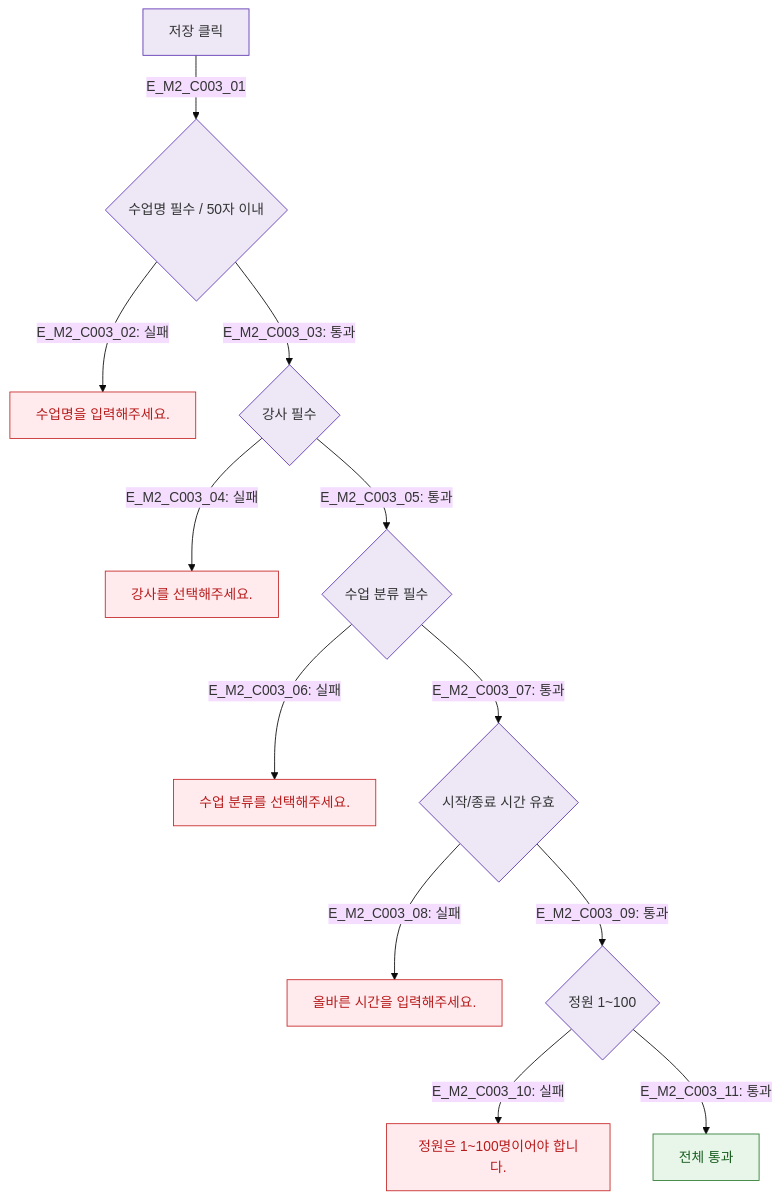
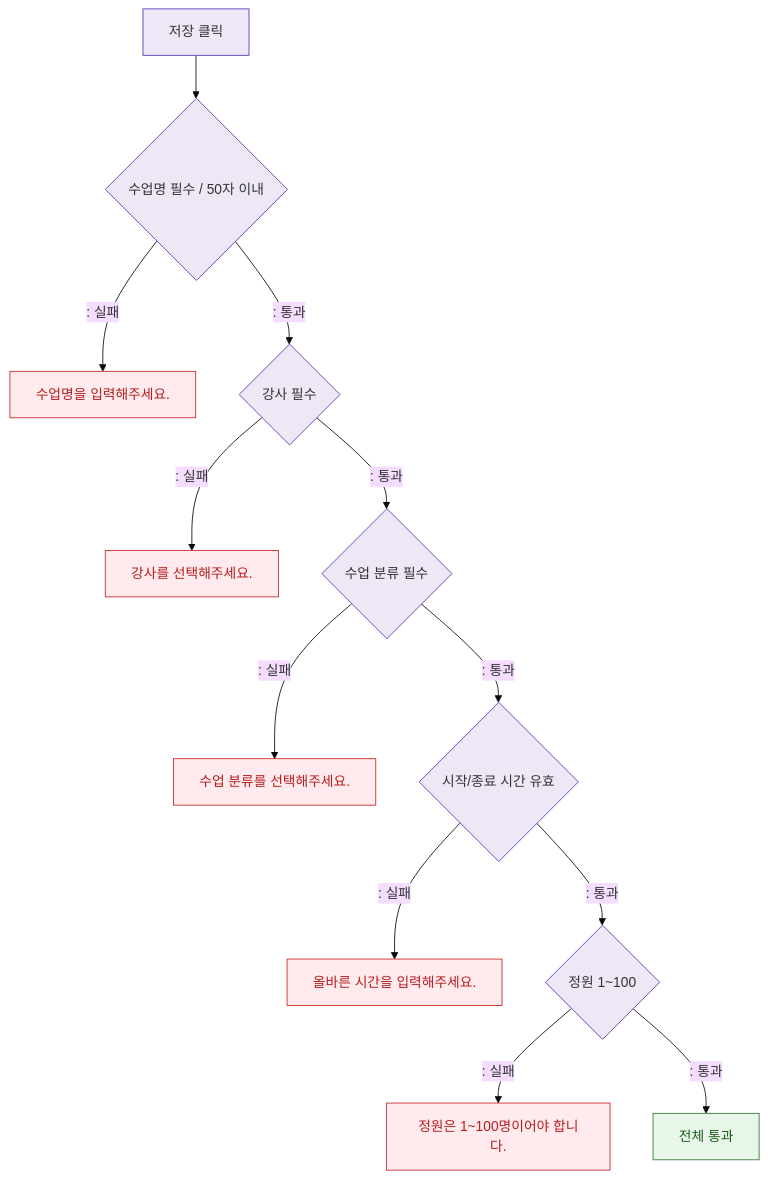
The diagram in docs/다이어그램/D04_수업관리/DLG/DLG-C003_수업등록수정_관리/M2_필드검증.md (dev-spogym/admin-pando), drawn with Mermaid (base theme) before and after one commit. The commit also changed other lines of this file and 1660 other files, not shown here.

First line of the commit message:
다이어그램: 기획자/클라이언트 납품본으로 정리

````diff
--- a/docs/다이어그램/D04_수업관리/DLG/DLG-C003_수업등록수정_관리/M2_필드검증.md
+++ b/docs/다이어그램/D04_수업관리/DLG/DLG-C003_수업등록수정_관리/M2_필드검증.md
@@ -20,21 +18,21 @@
 ```mermaid
 flowchart TD
-  Submit[저장 클릭] -->|E_M2_C003_01| V_Name{수업명 필수 / 50자 이내}
-  V_Name -->|"E_M2_C003_02: 실패"| E_Name[수업명을 입력해주세요.]
-  V_Name -->|"E_M2_C003_03: 통과"| V_Instructor{강사 필수}
-  V_Instructor -->|"E_M2_C003_04: 실패"| E_Instructor[강사를 선택해주세요.]
-  V_Instructor -->|"E_M2_C003_05: 통과"| V_Type{수업 분류 필수}
-  V_Type -->|"E_M2_C003_06: 실패"| E_Type[수업 분류를 선택해주세요.]
-  V_Type -->|"E_M2_C003_07: 통과"| V_Time{시작/종료 시간 유효}
-  V_Time -->|"E_M2_C003_08: 실패"| E_Time[올바른 시간을 입력해주세요.]
-  V_Time -->|"E_M2_C003_09: 통과"| V_Capacity{정원 1~100}
-  V_Capacity -->|"E_M2_C003_10: 실패"| E_Capacity[정원은 1~100명이어야 합니다.]
-  V_Capacity -->|"E_M2_C003_11: 통과"| AllPass[전체 통과]
+  Submit[저장 클릭] --> V_Name{수업명 필수 / 50자 이내}
+  V_Name -->|": 실패"|E_Name[수업명을 입력해주세요.]
+  V_Name -->|": 통과"|V_Instructor{강사 필수}
+  V_Instructor -->|": 실패"|E_Instructor[강사를 선택해주세요.]
+  V_Instructor -->|": 통과"|V_Type{수업 분류 필수}
+  V_Type -->|": 실패"|E_Type[수업 분류를 선택해주세요.]
+  V_Type -->|": 통과"|V_Time{시작/종료 시간 유효}
+  V_Time -->|": 실패"|E_Time[올바른 시간을 입력해주세요.]
+  V_Time -->|": 통과"|V_Capacity{정원 1~100}
+  V_Capacity -->|": 실패"|E_Capacity[정원은 1~100명이어야 합니다.]
+  V_Capacity -->|": 통과"|AllPass[전체 통과]
 
   classDef system fill:#EDE7F6,stroke:#5E35B2
   classDef error fill:#FFEBEE,stroke:#C62828,color:#B71C1C
   classDef success fill:#E8F5E9,stroke:#2E7D32,color:#1B5E20
   class Submit,V_Name,V_Instructor,V_Type,V_Time,V_Capacity system
   class E_Name,E_Instructor,E_Type,E_Time,E_Capacity error
   class AllPass success
 ```
````
